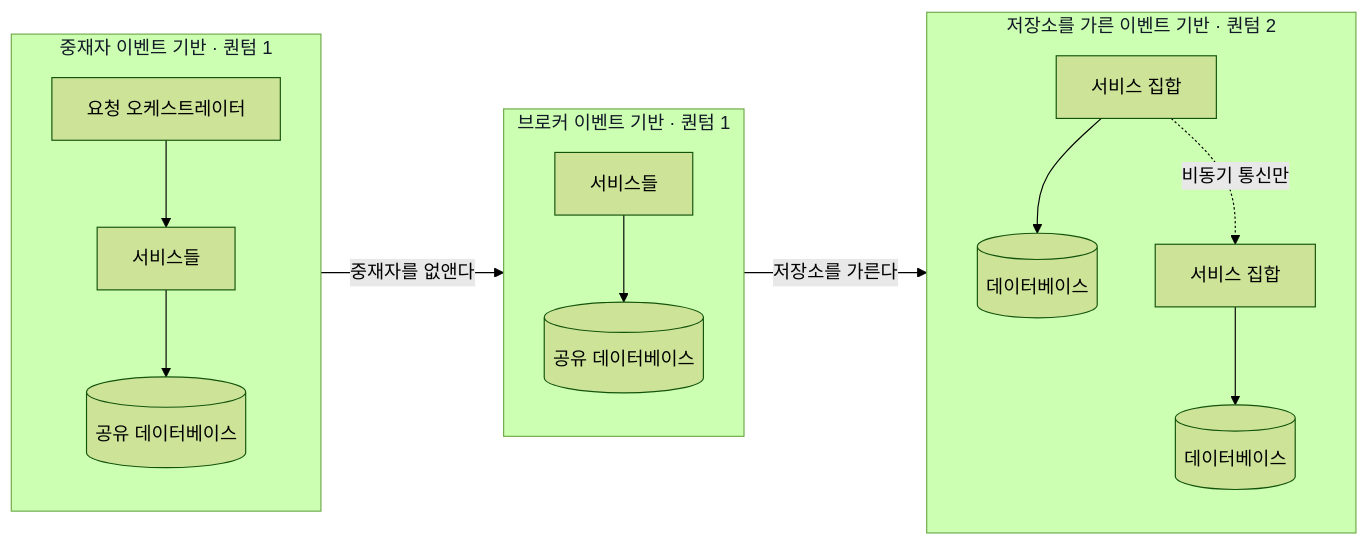
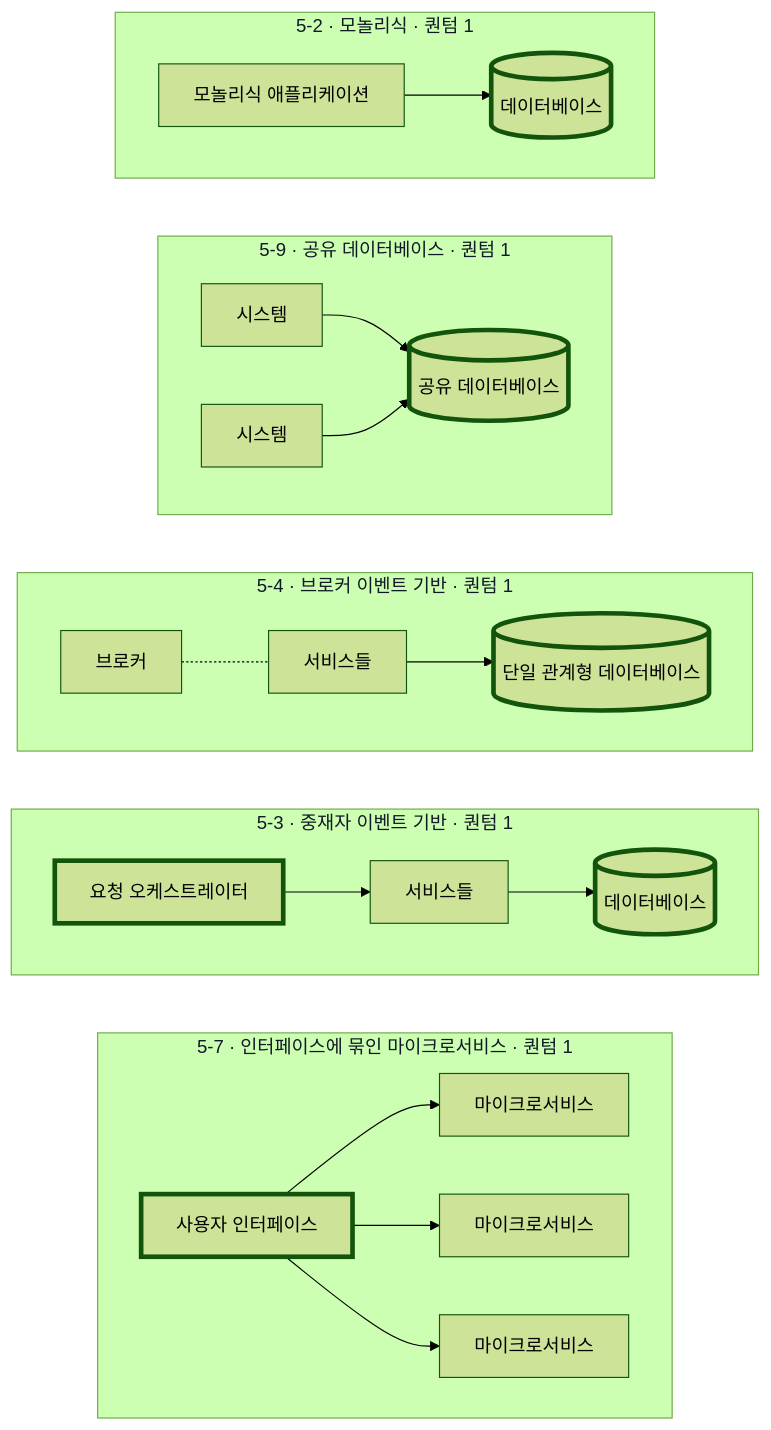
Before and after one commit to currenjin/currenjin.github.io: the third of 5 diagrams in _wiki/building-evolutionary-architectures.md, drawn with Mermaid (forest theme). The commit also changed other lines of this file, not shown here.

First line of the commit message:
docs(building-evolutionary-architectures): 5.2.3 여덟 토폴로지를 그림으로 옮기고 중복 서술 걷기

````diff
--- a/_wiki/building-evolutionary-architectures.md
+++ b/_wiki/building-evolutionary-architectures.md
@@ -414,20 +379,28 @@
 ```mermaid
-flowchart LR
-  subgraph T1["중재자 이벤트 기반 · 퀀텀 1"]
-    MED["요청 오케스트레이터"] --> S1["서비스들"] --> D1[("공유 데이터베이스")]
+flowchart TB
+  subgraph F2["5-2 · 모놀리식 · 퀀텀 1"]
+    direction LR
+    M["모놀리식 애플리케이션"] --> D2[("데이터베이스")]
   end
-  subgraph T2["브로커 이벤트 기반 · 퀀텀 1"]
-    S2["서비스들"] --> D2[("공유 데이터베이스")]
+  subgraph F9["5-9 · 공유 데이터베이스 · 퀀텀 1"]
+    direction LR
+    A1["시스템"] & A2["시스템"] --> D9[("공유 데이터베이스")]
   end
-  subgraph T3["저장소를 가른 이벤트 기반 · 퀀텀 2"]
-    S3["서비스 집합"] --> D3[("데이터베이스")]
-    S4["서비스 집합"] --> D4[("데이터베이스")]
-    S3 -.->|"비동기 통신만"| S4
+  subgraph F4["5-4 · 브로커 이벤트 기반 · 퀀텀 1"]
+    direction LR
+    BK["브로커"] -.- BS["서비스들"] --> D4[("단일 관계형 데이터베이스")]
   end
-  T1 -->|"중재자를 없앤다"| T2
-  T2 -->|"저장소를 가른다"| T3
-
-  style T1 color:#111827
-  style T2 color:#111827
-  style T3 color:#111827
+  subgraph F3["5-3 · 중재자 이벤트 기반 · 퀀텀 1"]
+    direction LR
+    OR["요청 오케스트레이터"] --> MS["서비스들"] --> D3[("데이터베이스")]
+  end
+  subgraph F7["5-7 · 인터페이스에 묶인 마이크로서비스 · 퀀텀 1"]
+    direction LR
+    UI["사용자 인터페이스"] --> V1["마이크로서비스"] & V2["마이크로서비스"] & V3["마이크로서비스"]
+  end
+  F2 ~~~ F9 ~~~ F4 ~~~ F3 ~~~ F7
+  classDef ttl color:#111827
+  class F2,F9,F4,F3,F7 ttl
+  classDef cp stroke-width:4px
+  class D2,D9,D4,OR,D3,UI cp
 ```
````
